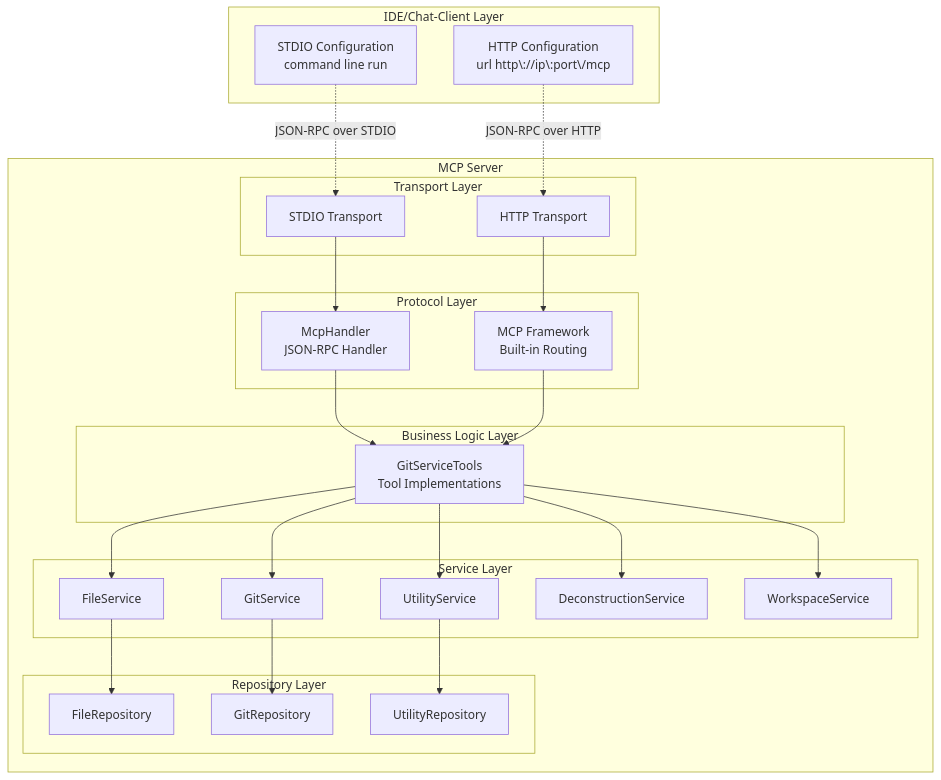
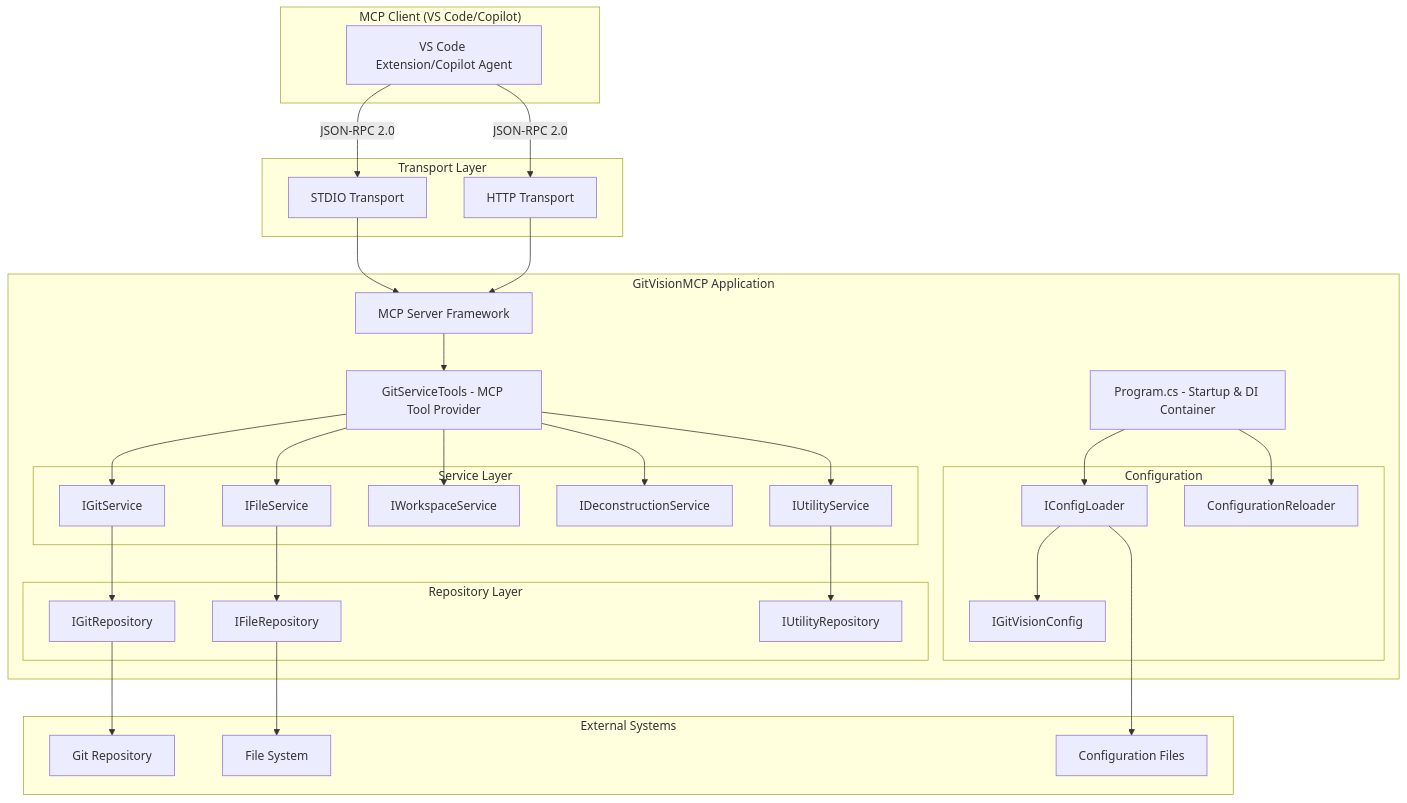
One commit to MCPRUNNER/GitVisionMCP changed the first of 3 diagrams in Documentation/ARCHITECTURE.md. Above: the diagram before and after it, drawn with Mermaid. The commit also changed other lines of this file and 7 other files, not shown here.

Commit message:
Adding architecture prompt and updating release.prompt

````diff
--- a/Documentation/ARCHITECTURE.md
+++ b/Documentation/ARCHITECTURE.md
@@ -9,57 +16,63 @@
 ```mermaid
 graph TB
-    subgraph "IDE/Chat-Client Layer"
-        VSCode[STDIO Configuration<br/>command line run]
-        HTTPClient[HTTP Configuration<br/>url http\://ip\:port\/mcp]
+    subgraph "MCP Client (VS Code/Copilot)"
+        A[VS Code Extension/Copilot Agent]
     end
 
-    subgraph MCP["MCP Server"]
-        subgraph "Transport Layer"
-            STDIO[STDIO Transport]
-            HTTP[HTTP Transport]
+    subgraph "Transport Layer"
+        B[STDIO Transport]
+        C[HTTP Transport]
+    end
+
+    subgraph "GitVisionMCP Application"
+        D[Program.cs - Startup & DI Container]
+        E[MCP Server Framework]
+        F[GitServiceTools - MCP Tool Provider]
+
+        subgraph "Service Layer"
+            G[IGitService]
+            H[IFileService]
+            I[IWorkspaceService]
+            J[IDeconstructionService]
+            K[IUtilityService]
         end
 
-        subgraph "<center>Protocol Layer</center>"
-            McpHandler[McpHandler<br/>JSON-RPC Handler]
-            McpFramework[MCP Framework<br/>Built-in Routing]
+        subgraph "Repository Layer"
+            L[IGitRepository]
+            M[IFileRepository]
+            N[IUtilityRepository]
         end
 
-        subgraph "<center>Business Logic Layer</center>"
-            GitServiceTools[GitServiceTools<br/>Tool Implementations]
+        subgraph "Configuration"
+            O[IConfigLoader]
+            P[IGitVisionConfig]
+            Q[ConfigurationReloader]
         end
-
-        subgraph "<center>Service Layer</center>"
-            GitService[GitService]
-            FileService[FileService]
-            UtilityService[UtilityService]
-            DeconstructionService[DeconstructionService]
-            WorkspaceService[WorkspaceService]
-        end
-
-        subgraph "<center>Repository Layer</center>"
-            FileRepository[FileRepository]
-            GitRepository[GitRepository]
-            UtilityRepository[UtilityRepository]
-        end
-
-        STDIO --> McpHandler
-        HTTP --> McpFramework
-
-        McpHandler --> GitServiceTools
-        McpFramework --> GitServiceTools
-
-        GitServiceTools --> GitService
-        GitServiceTools --> FileService
-        GitServiceTools --> UtilityService
-        GitServiceTools --> DeconstructionService
-        GitServiceTools --> WorkspaceService
-        FileService --> FileRepository
-        GitService --> GitRepository
-        UtilityService --> UtilityRepository
     end
 
-    VSCode -.->|JSON-RPC over STDIO| STDIO
-    HTTPClient -.->|JSON-RPC over HTTP| HTTP
+    subgraph "External Systems"
+        R[Git Repository]
+        S[File System]
+        T[Configuration Files]
+    end
 
-
+    A -->|JSON-RPC 2.0| B
+    A -->|JSON-RPC 2.0| C
+    B --> E
+    C --> E
+    E --> F
+    F --> G
+    F --> H
+    F --> I
+    F --> J
+    F --> K
+    G --> L
+    H --> M
+    K --> N
+    D --> O
+    O --> P
+    D --> Q
+    L --> R
+    M --> S
+    O --> T
 ```
````
